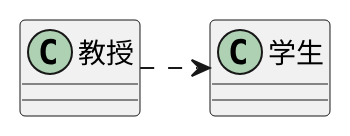
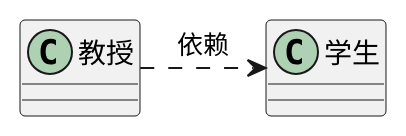
Before and after one commit to zhengtong0898/books: the diagram in DiveIntoDesignPatterns/uml/020.plantuml, drawn with PlantUML. The commit also changed 9 other files, not shown here.

```diff
--- a/DiveIntoDesignPatterns/uml/020.plantuml
+++ b/DiveIntoDesignPatterns/uml/020.plantuml
@@ -1,7 +1,7 @@
 @startuml "依赖"
 
 class 教授 {}
 class 学生 {}
 
-教授 .right.> 学生
+教授 .right.> 学生: 依赖
 @enduml
```
